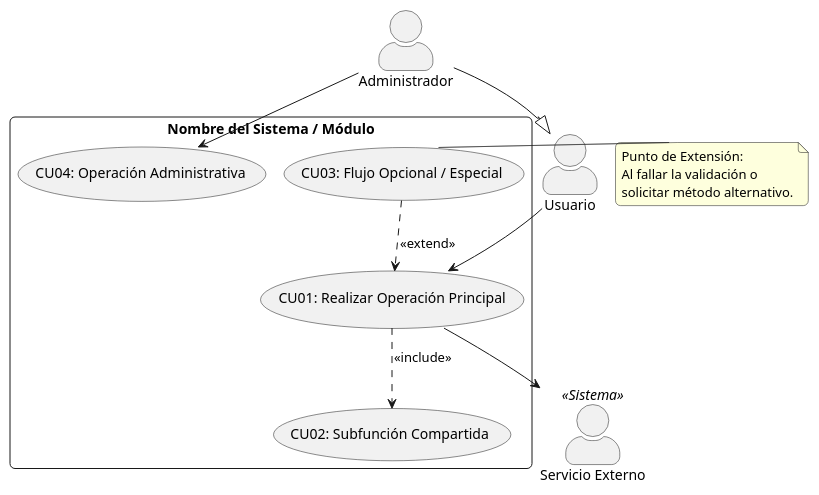
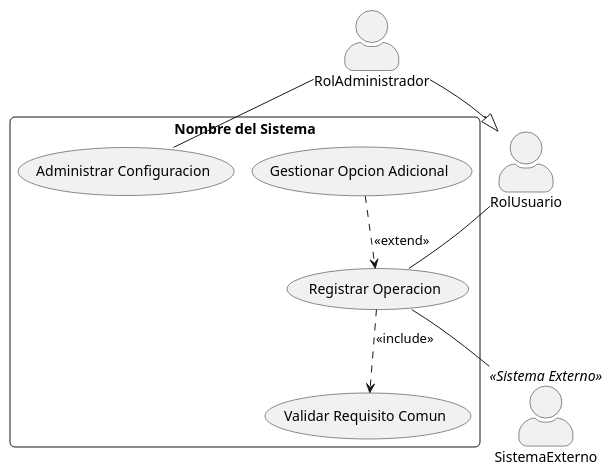
One commit to sandobaitt/dsi-2026 changed the diagram in casos-de-uso/plantillas/plantilla_caso_uso.puml. Above: the diagram before and after it, drawn with PlantUML. The commit also changed 31 other files, not shown here.

```diff
--- a/casos-de-uso/plantillas/plantilla_caso_uso.puml
+++ b/casos-de-uso/plantillas/plantilla_caso_uso.puml
@@ -1,63 +1,55 @@
 @startuml plantilla_caso_uso
 !pragma layout smetana
 skinparam packageStyle rectangle
 skinparam shadowing false
 skinparam roundcorner 10
 skinparam actorStyle awesome
 
 ' ==============================================================================
-' PLANTILLA: Diagrama de Casos de Uso (UML Estándar)
-' Materia: Diseño de Sistemas (DSI)
+' PLANTILLA: Diagrama de Casos de Uso (UML - Cátedra DSI 2026)
 ' ==============================================================================
 
 ' ------------------------------------------------------------------------------
-' 1. DEFINICIÓN DE ACTORES
+' 1. ACTORES
+' - Lado izquierdo: Actores que inician el caso de uso (roles, nunca nombres propios).
+' - Lado derecho: Sistemas externos de soporte o receptores de información.
 ' ------------------------------------------------------------------------------
-' Actores Primarios (Inician la interacción con el sistema)
-actor "Usuario" as ActPrimario
-actor "Administrador" as ActAdmin
+actor "RolUsuario" as ActPrimario
+actor "RolAdministrador" as ActAdmin
+actor "SistemaExterno" as ActSecundario <<Sistema Externo>>
 
-' Actores Secundarios / Externos (Sistemas externos, pasarelas de pago, etc.)
-actor "Servicio Externo" as ActSecundario <<Sistema>>
-
-' Generalización de actores (si aplica)
+' Generalización / Herencia entre actores (si aplica)
 ActAdmin --|> ActPrimario
 
 ' ------------------------------------------------------------------------------
-' 2. LÍMITE DEL SISTEMA Y CASOS DE USO
+' 2. LÍMITE DEL SISTEMA (System Boundary)
+' - Los casos de uso van adentro; los actores van siempre afuera.
+' - Nomenclatura del CU: [Verbo en infinitivo] + [Sustantivo]
 ' ------------------------------------------------------------------------------
-rectangle "Nombre del Sistema / Módulo" {
+rectangle "Nombre del Sistema" {
     
-    ' Casos de uso principales (Verbo en infinitivo + Objeto)
-    usecase "CU01: Realizar Operación Principal" as CU01
-    usecase "CU02: Subfunción Compartida" as CU02
-    usecase "CU03: Flujo Opcional / Especial" as CU03
-    usecase "CU04: Operación Administrativa" as CU04
+    usecase "Registrar Operacion" as CU01
+    usecase "Validar Requisito Comun" as CU02
+    usecase "Gestionar Opcion Adicional" as CU03
+    usecase "Administrar Configuracion" as CU04
 
     ' --------------------------------------------------------------------------
     ' 3. RELACIONES ENTRE CASOS DE USO
+    ' - <<include>> : Parte obligatoria reutilizada. Flecha hacia el CU incluido.
+    ' - <<extend>>  : Comportamiento opcional. Flecha hacia el CU base.
     ' --------------------------------------------------------------------------
-    ' <<include>> : El CU base SIEMPRE ejecuta el CU incluido (flecha hacia el incluido)
     CU01 ..> CU02 : <<include>>
-
-    ' <<extend>> : El CU extensión agrega comportamiento opcional (flecha hacia el caso base)
     CU03 ..> CU01 : <<extend>>
 }
 
 ' ------------------------------------------------------------------------------
 ' 4. ASOCIACIONES ACTOR - CASO DE USO
+' - Regla de oro de cátedra: Línea sólida simple (--). ¡NO LLEVA FLECHAS!
 ' ------------------------------------------------------------------------------
-ActPrimario --> CU01
-ActAdmin --> CU04
+ActPrimario -- CU01
+ActAdmin -- CU04
 
-' Interacción con actor secundario
-CU01 --> ActSecundario
-
-' Notas explicativas (opcional)
-note right of CU03
-  Punto de Extensión:
-  Al fallar la validación o
-  solicitar método alternativo.
-end note
+' Interacción con actor secundario (soporte / externo)
+CU01 -- ActSecundario
 
 @enduml
```
